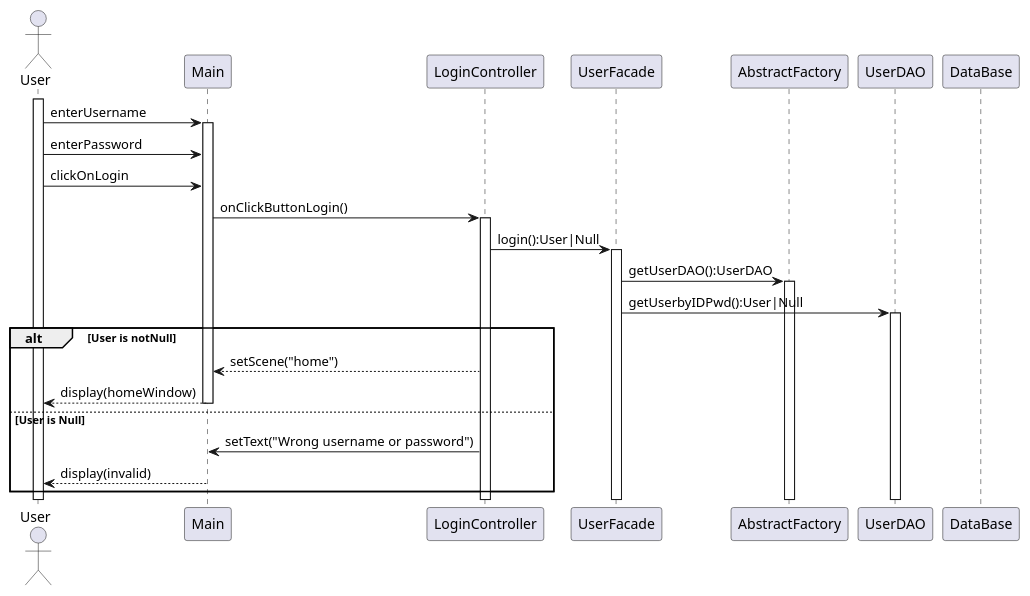
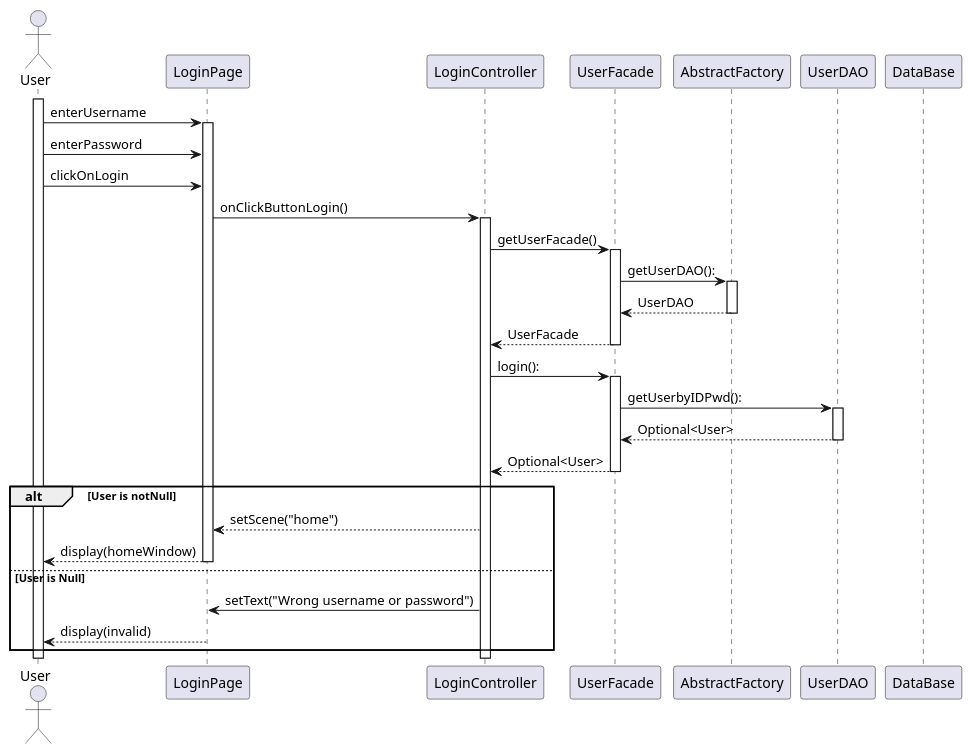
The diagram in doc/reports/prototype/plantuml/loginSequence.plantuml (iusildra/WineCellar), drawn with PlantUML before and after one commit. The commit also changed 1 other file, not shown here.

Commit message:
diagramme supplémentaire

```diff
--- a/doc/reports/prototype/plantuml/loginSequence.plantuml
+++ b/doc/reports/prototype/plantuml/loginSequence.plantuml
@@ -1,31 +1,36 @@
 @startuml loginSequence
 skinparam responseMessageBelowArrow true
 
 actor User
-participant Main
+participant LoginPage
 participant LoginController
 participant UserFacade
 participant AbstractFactory
 participant UserDAO
 participant DataBase
 
 activate User
 ' activate DataBase
 
-User -> Main++: enterUsername
-User -> Main: enterPassword
-User -> Main: clickOnLogin
-Main -> LoginController++: onClickButtonLogin()
-LoginController -> UserFacade++: login():User|Null
-UserFacade -> AbstractFactory++: getUserDAO():UserDAO
-UserFacade -> UserDAO++: getUserbyIDPwd():User|Null
+User -> LoginPage++: enterUsername
+User -> LoginPage: enterPassword
+User -> LoginPage: clickOnLogin
+LoginPage -> LoginController++: onClickButtonLogin()
+LoginController -> UserFacade++: getUserFacade()
+UserFacade -> AbstractFactory++: getUserDAO():
+return UserDAO
+return UserFacade
+LoginController -> UserFacade++ : login():
+UserFacade -> UserDAO++: getUserbyIDPwd():
+return Optional<User>
+return Optional<User>
 
 alt User is notNull
-    LoginController --> Main: setScene("home")
-    Main --> User--: display(homeWindow)
+    LoginController --> LoginPage: setScene("home")
+    LoginPage --> User--: display(homeWindow)
 else User is Null
-    LoginController -> Main: setText("Wrong username or password")
-    Main --> User--: display(invalid)
+    LoginController -> LoginPage: setText("Wrong username or password")
+    LoginPage --> User--: display(invalid)
 end
 
 @enduml
```
